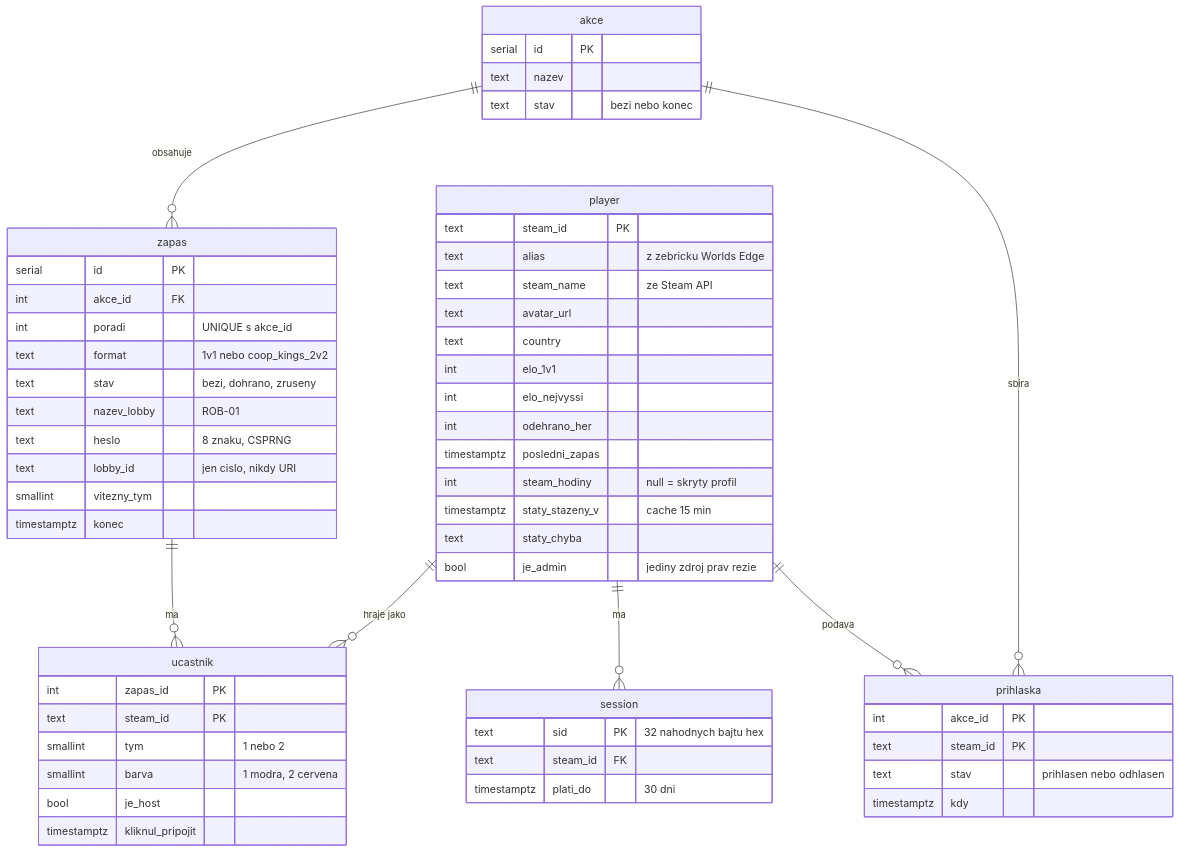
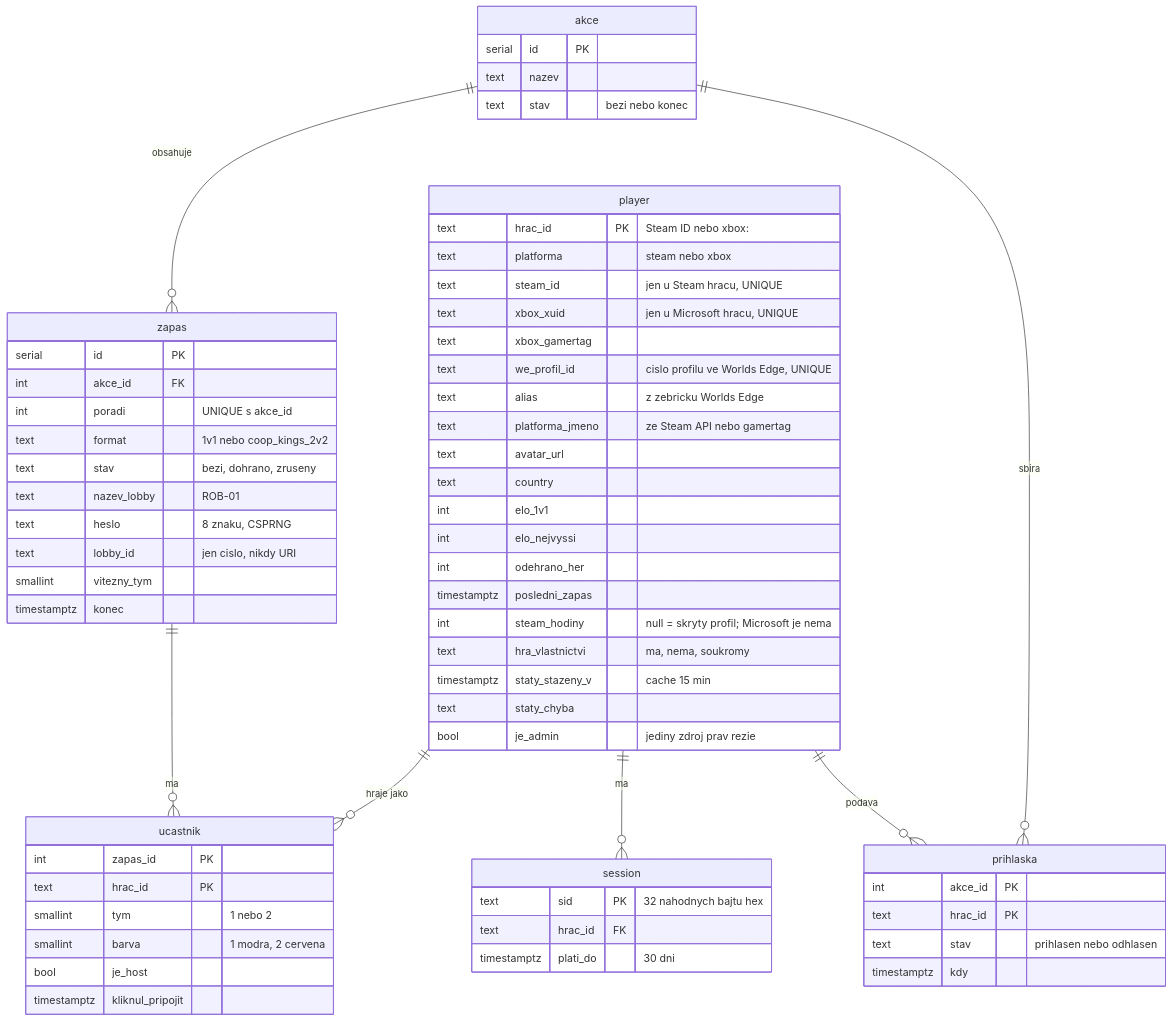
One commit to vtencer3-lab/rob-aoe-web changed the first of 5 diagrams in docs/analyza-projektu.md. Above: the diagram before and after it, drawn with Mermaid. The commit also changed 6 other files, not shown here.

````diff
--- a/docs/analyza-projektu.md
+++ b/docs/analyza-projektu.md
@@ -45,61 +45,67 @@
 ```mermaid
 erDiagram
     player ||--o{ session : "ma"
     player ||--o{ prihlaska : "podava"
     akce ||--o{ prihlaska : "sbira"
     akce ||--o{ zapas : "obsahuje"
     zapas ||--o{ ucastnik : "ma"
     player ||--o{ ucastnik : "hraje jako"
 
     player {
-        text steam_id PK
+        text hrac_id PK "Steam ID nebo xbox:<xuid>"
+        text platforma "steam nebo xbox"
+        text steam_id "jen u Steam hracu, UNIQUE"
+        text xbox_xuid "jen u Microsoft hracu, UNIQUE"
+        text xbox_gamertag
+        text we_profil_id "cislo profilu ve Worlds Edge, UNIQUE"
         text alias "z zebricku Worlds Edge"
-        text steam_name "ze Steam API"
+        text platforma_jmeno "ze Steam API nebo gamertag"
         text avatar_url
         text country
         int elo_1v1
         int elo_nejvyssi
         int odehrano_her
         timestamptz posledni_zapas
-        int steam_hodiny "null = skryty profil"
+        int steam_hodiny "null = skryty profil; Microsoft je nema"
+        text hra_vlastnictvi "ma, nema, soukromy"
         timestamptz staty_stazeny_v "cache 15 min"
         text staty_chyba
         bool je_admin "jediny zdroj prav rezie"
     }
     session {
         text sid PK "32 nahodnych bajtu hex"
-        text steam_id FK
+        text hrac_id FK
         timestamptz plati_do "30 dni"
     }
     akce {
         serial id PK
         text nazev
         text stav "bezi nebo konec"
     }
     prihlaska {
         int akce_id PK
-        text steam_id PK
+        text hrac_id PK
         text stav "prihlasen nebo odhlasen"
         timestamptz kdy
     }
     zapas {
         serial id PK
         int akce_id FK
         int poradi "UNIQUE s akce_id"
         text format "1v1 nebo coop_kings_2v2"
         text stav "bezi, dohrano, zruseny"
         text nazev_lobby "ROB-01"
         text heslo "8 znaku, CSPRNG"
         text lobby_id "jen cislo, nikdy URI"
         smallint vitezny_tym
         timestamptz konec
     }
     ucastnik {
         int zapas_id PK
-        text steam_id PK
+        text hrac_id PK
         smallint tym "1 nebo 2"
         smallint barva "1 modra, 2 cervena"
         bool je_host
         timestamptz kliknul_pripojit
     }
 ```
````
